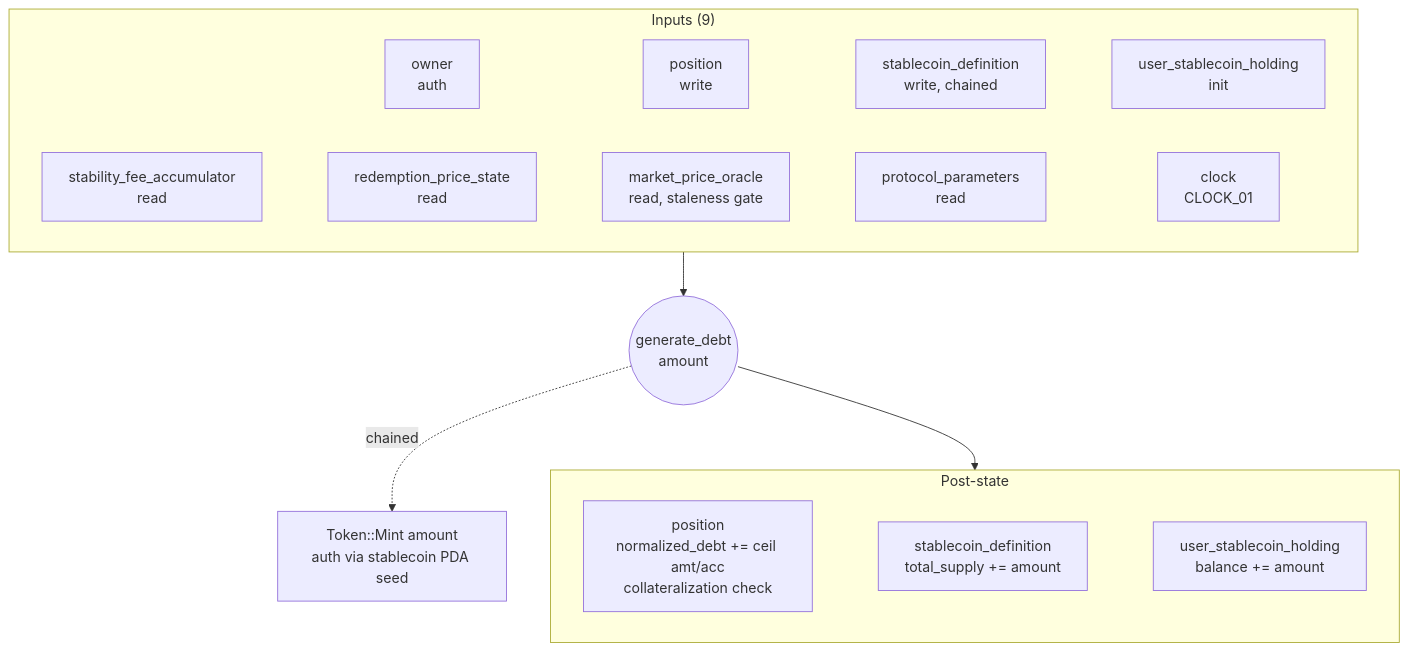
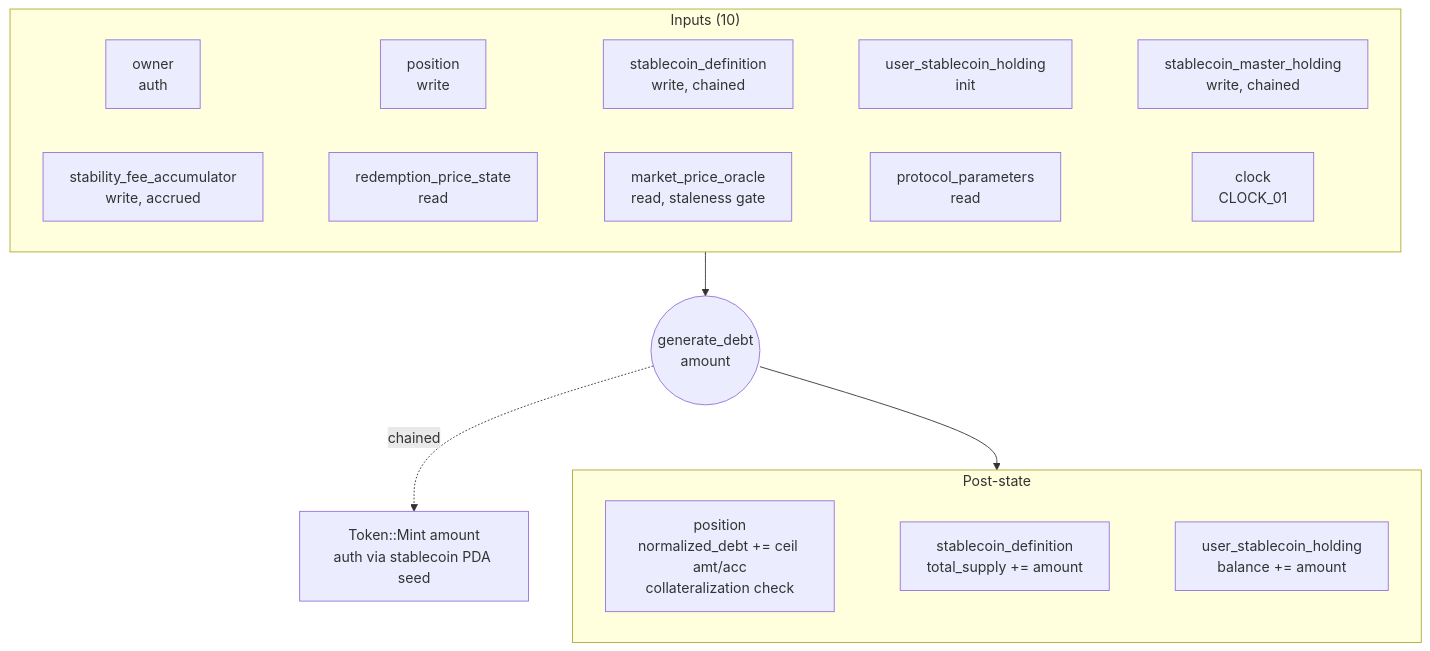
One commit to logos-blockchain/lez-programs changed the tenth of 15 diagrams in docs/stablecoin/README.md. Above: the diagram before and after it, drawn with Mermaid. The commit also changed other lines of this file and 25 other files, not shown here.

First line of the commit message:
fix(stablecoin)!: mint accrued stability fees to the surplus holding

````diff
--- a/docs/stablecoin/README.md
+++ b/docs/stablecoin/README.md
@@ -1042,13 +1072,13 @@
 ```mermaid
 flowchart TD
-    subgraph In["Inputs (9)"]
-        a1[owner<br/>auth] ~~~ a2[position<br/>write] ~~~ a3[stablecoin_definition<br/>write, chained] ~~~ a4[user_stablecoin_holding<br/>init]
-        a5[stability_fee_accumulator<br/>read] ~~~ a6[redemption_price_state<br/>read] ~~~ a7[market_price_oracle<br/>read, staleness gate] ~~~ a8[protocol_parameters<br/>read] ~~~ a9[clock<br/>CLOCK_01]
+    subgraph In["Inputs (10)"]
+        a1[owner<br/>auth] ~~~ a2[position<br/>write] ~~~ a3[stablecoin_definition<br/>write, chained] ~~~ a4[user_stablecoin_holding<br/>init] ~~~ a5[stablecoin_master_holding<br/>write, chained]
+        a6[stability_fee_accumulator<br/>write, accrued] ~~~ a7[redemption_price_state<br/>read] ~~~ a8[market_price_oracle<br/>read, staleness gate] ~~~ a9[protocol_parameters<br/>read] ~~~ a10[clock<br/>CLOCK_01]
     end
     subgraph Post["Post-state"]
         p1[position<br/>normalized_debt += ceil amt/acc<br/>collateralization check] ~~~ p2[stablecoin_definition<br/>total_supply += amount] ~~~ p3[user_stablecoin_holding<br/>balance += amount]
     end
     In --> Ins((generate_debt<br/>amount))
     Ins --> Post
     Ins -.chained.-> C1[Token::Mint amount<br/>auth via stablecoin PDA seed]
 ```
````
